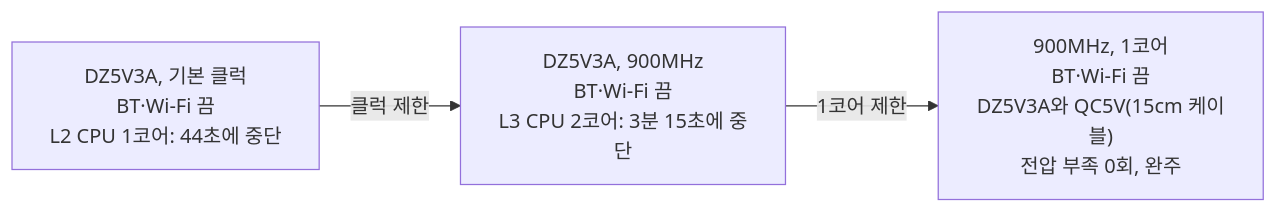
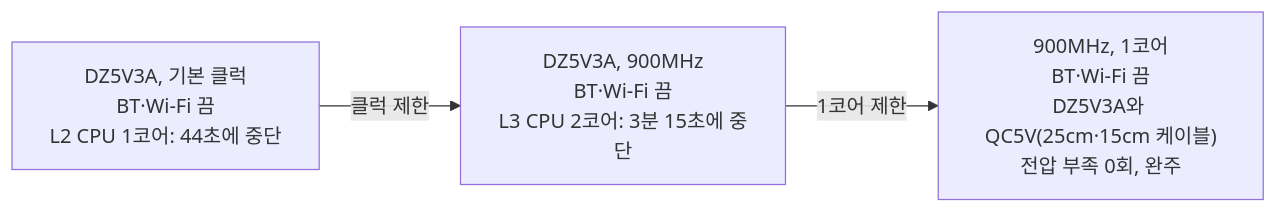
One commit to Kimbyung-wook/SmartThingsCLI-Collector changed the diagram in docs/POWER_TEST.md. Above: the diagram before and after it, drawn with Mermaid. The commit also changed other lines of this file and 3 other files, not shown here.

````diff
--- a/docs/POWER_TEST.md
+++ b/docs/POWER_TEST.md
@@ -21,9 +23,9 @@
 ```mermaid
 flowchart LR
     base["DZ5V3A, 기본 클럭<br/>BT·Wi-Fi 끔<br/>L2 CPU 1코어: 44초에 중단"]
     clock["DZ5V3A, 900MHz<br/>BT·Wi-Fi 끔<br/>L3 CPU 2코어: 3분 15초에 중단"]
-    final["900MHz, 1코어<br/>BT·Wi-Fi 끔<br/>DZ5V3A와 QC5V(15cm 케이블)<br/>전압 부족 0회, 완주"]
+    final["900MHz, 1코어<br/>BT·Wi-Fi 끔<br/>DZ5V3A와 QC5V(25cm·15cm 케이블)<br/>전압 부족 0회, 완주"]
 
     base -->|"클럭 제한"| clock
     clock -->|"1코어 제한"| final
 ```
````
